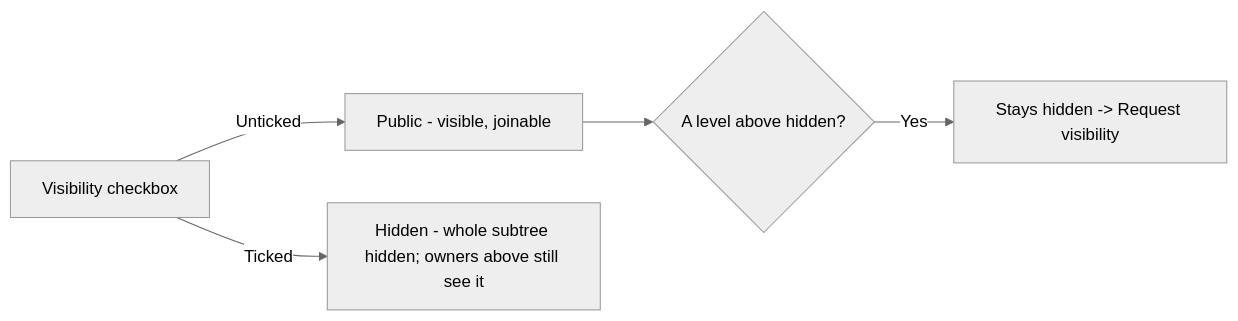
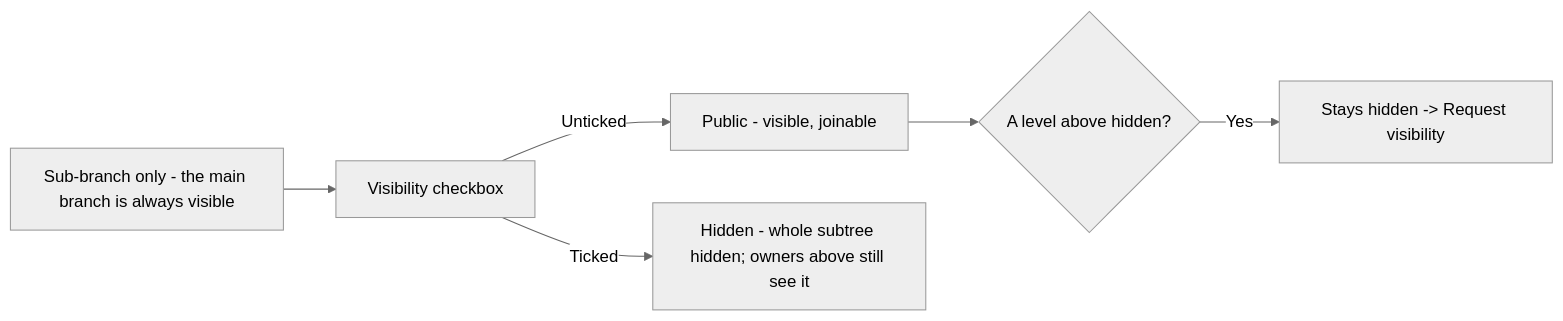
One commit to ignitelogic1519/Organisation-Knowledge-Vault changed the second of 31 diagrams in Main Guide Book/chapter-21-flow-diagrams.md. Above: the diagram before and after it, drawn with Mermaid (neutral theme). The commit also changed other lines of this file and 16 other files, not shown here.

````diff
--- a/Main Guide Book/chapter-21-flow-diagrams.md
+++ b/Main Guide Book/chapter-21-flow-diagrams.md
@@ -43,7 +43,8 @@
 ```mermaid
 flowchart LR
-    A["Visibility checkbox"] -->|Unticked| B["Public - visible, joinable"]
+    S["Sub-branch only - the main branch is always visible"] --> A["Visibility checkbox"]
+    A -->|Unticked| B["Public - visible, joinable"]
     A -->|Ticked| C["Hidden - whole subtree hidden; owners above still see it"]
     B --> D{"A level above hidden?"}
     D -->|Yes| E["Stays hidden -> Request visibility"]
 ```
````
